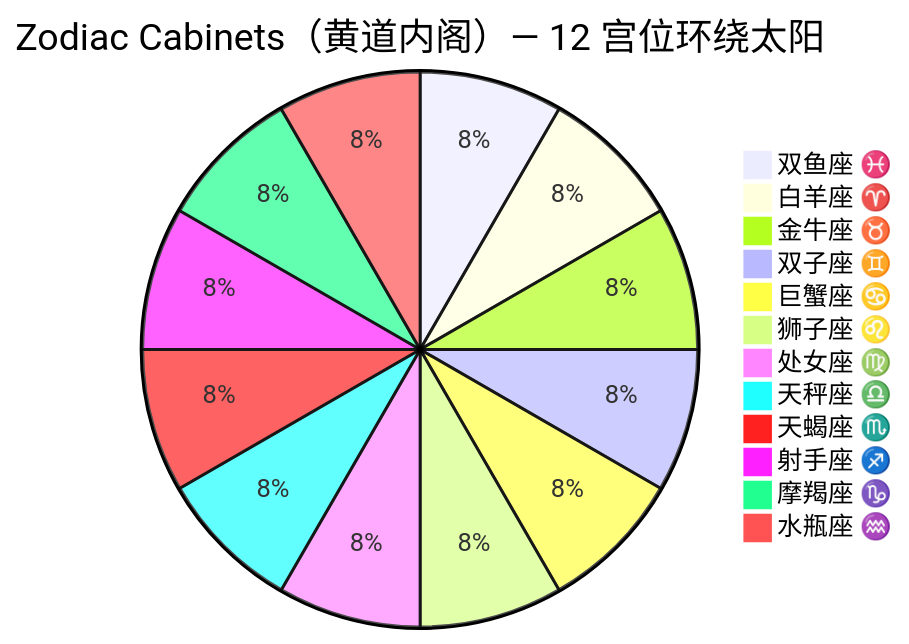
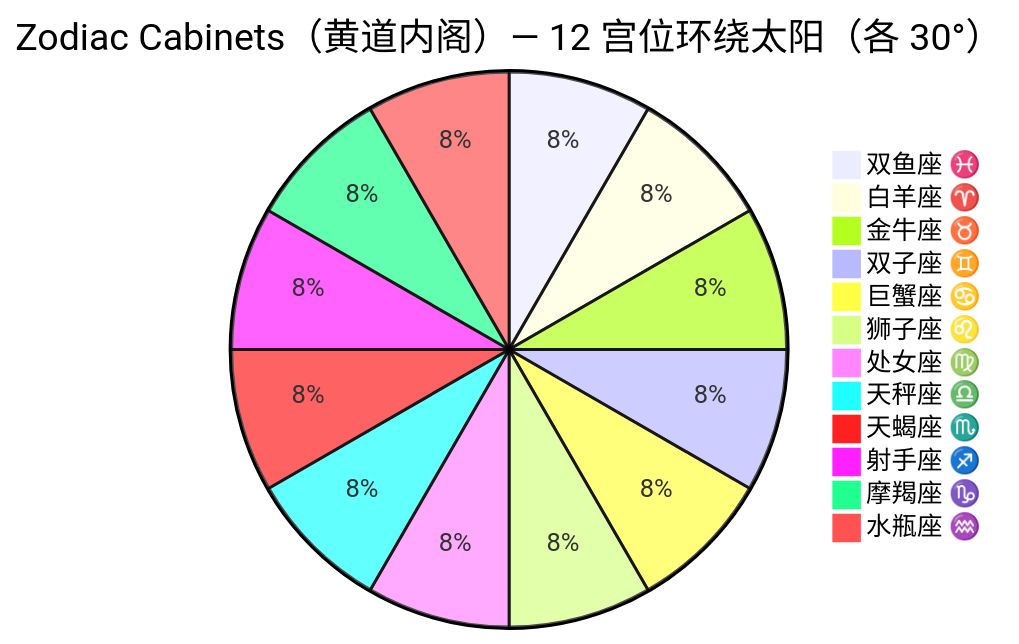
Before and after one commit to Seek-Key-LTD/memory-bank: the diagram in paper/paper.md, drawn with Mermaid.

Commit message:
fix: 饼图标注 各30° 消除百分比歧义

````diff
--- a/paper/paper.md
+++ b/paper/paper.md
@@ -209,15 +209,15 @@
 ```mermaid
-pie title Zodiac Cabinets（黄道内阁）— 12 宫位环绕太阳
+pie title Zodiac Cabinets（黄道内阁）— 12 宫位环绕太阳（各 30°）
     "双鱼座 ♓" : 30
     "白羊座 ♈" : 30
     "金牛座 ♉" : 30
     "双子座 ♊" : 30
     "巨蟹座 ♋" : 30
     "狮子座 ♌" : 30
     "处女座 ♍" : 30
     "天秤座 ♎" : 30
     "天蝎座 ♏" : 30
     "射手座 ♐" : 30
     "摩羯座 ♑" : 30
     "水瓶座 ♒" : 30
 ```
````
